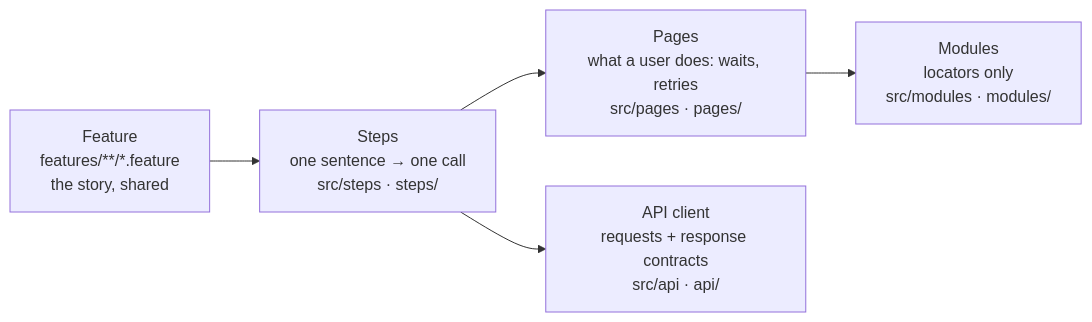
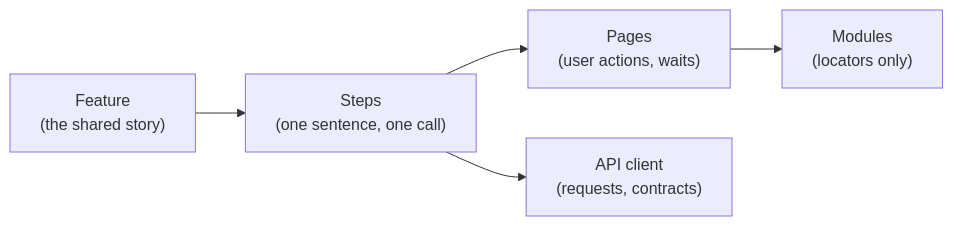
The first of 2 diagrams in README.md (junchunip-hue/playwright-e2e-showcase), drawn with Mermaid before and after one commit. The commit also changed other lines of this file and 8 other files, not shown here.

First line of the commit message:
Demo polish: layer diagram, roadmap, agents setup and npm run demo

````diff
--- a/README.md
+++ b/README.md
@@ -50,7 +50,7 @@
 ```mermaid
 flowchart LR
-  F["Feature<br/>features/**/*.feature<br/>the story, shared"] --> S["Steps<br/>one sentence → one call<br/>src/steps · steps/"]
-  S --> P["Pages<br/>what a user does: waits, retries<br/>src/pages · pages/"]
-  S --> A["API client<br/>requests + response contracts<br/>src/api · api/"]
-  P --> M["Modules<br/>locators only<br/>src/modules · modules/"]
+  F["Feature<br/>(the shared story)"] --> S["Steps<br/>(one sentence, one call)"]
+  S --> P["Pages<br/>(user actions, waits)"]
+  S --> A["API client<br/>(requests, contracts)"]
+  P --> M["Modules<br/>(locators only)"]
 ```
````
